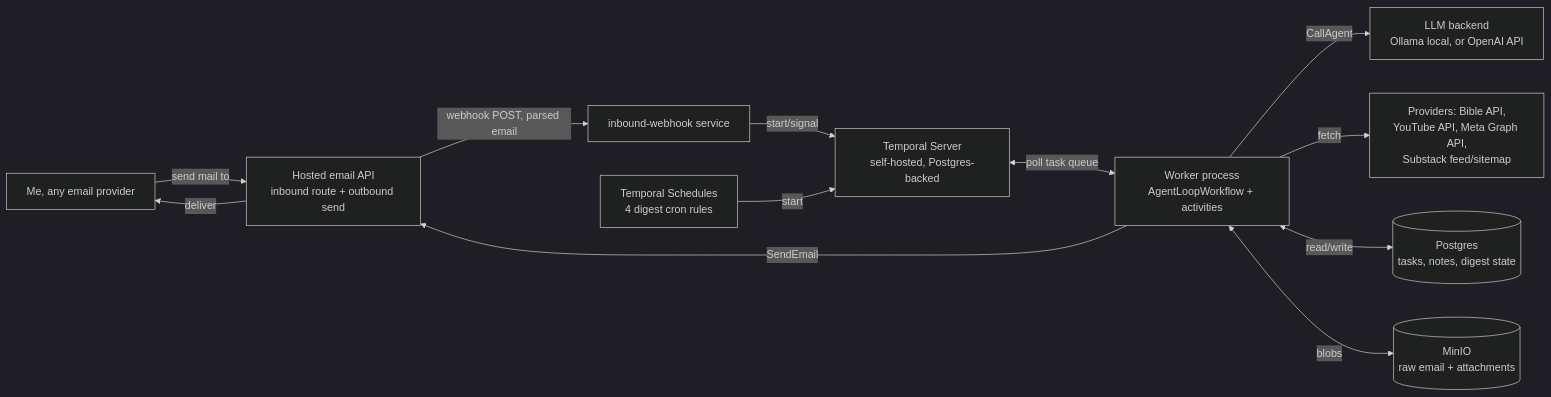
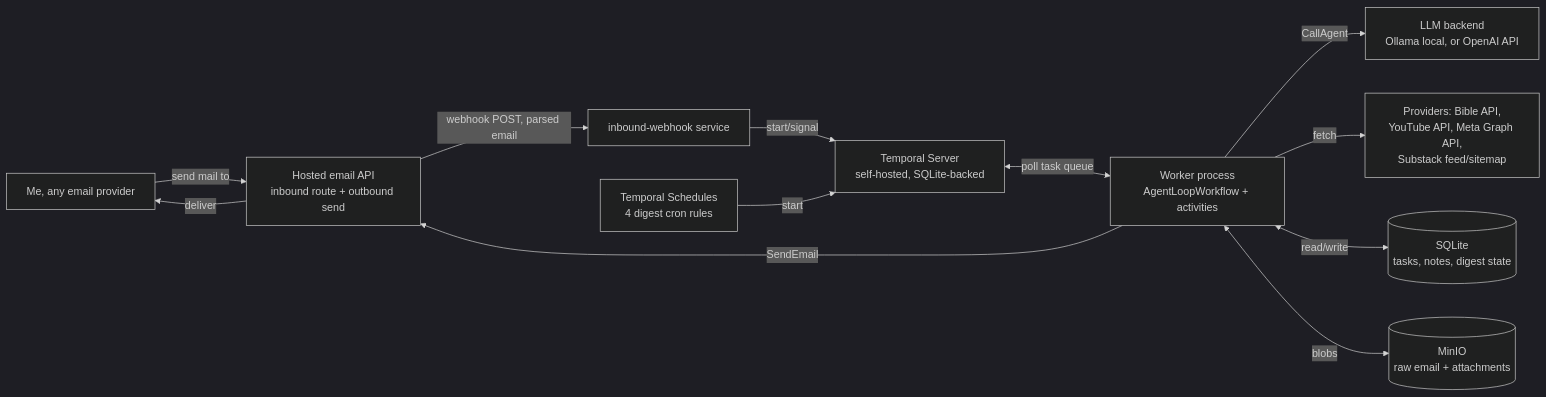
One commit to solomonxie/super-email changed the diagram in DESIGN.md. Above: the diagram before and after it, drawn with Mermaid (dark theme). The commit also changed other lines of this file and 2 other files, not shown here.

First line of the commit message:
Storage: SQLite instead of Postgres for now

````diff
--- a/DESIGN.md
+++ b/DESIGN.md
@@ -27,18 +27,18 @@
 ```mermaid
 flowchart LR
     ME[Me, any email provider] -->|send mail to| Provider[Hosted email API\ninbound route + outbound send]
     Provider -->|webhook POST, parsed email| Hook[inbound-webhook service]
-    Hook -->|start/signal| Temporal[Temporal Server\nself-hosted, Postgres-backed]
+    Hook -->|start/signal| Temporal[Temporal Server\nself-hosted, SQLite-backed]
 
     Cron[Temporal Schedules\n4 digest cron rules] -->|start| Temporal
 
     Temporal <-->|poll task queue| Worker[Worker process\nAgentLoopWorkflow + activities]
 
     Worker -->|CallAgent| LLM[LLM backend\nOllama local, or OpenAI API]
     Worker -->|SendEmail| Provider
     Provider -->|deliver| ME
 
     Worker -->|fetch| Sources[Providers: Bible API,\nYouTube API, Meta Graph API,\nSubstack feed/sitemap]
-    Worker <-->|read/write| PG[(Postgres\ntasks, notes, digest state)]
+    Worker <-->|read/write| DB[(SQLite\ntasks, notes, digest state)]
     Worker <-->|blobs| Minio[(MinIO\nraw email + attachments)]
 ```
````
